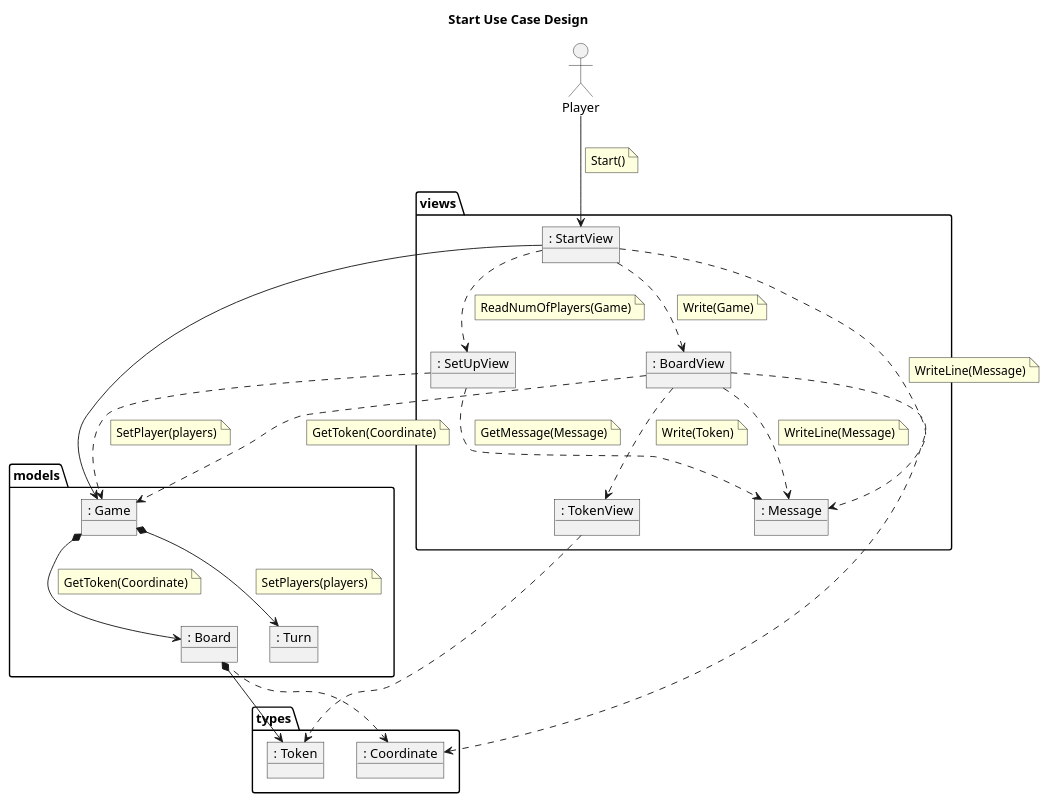
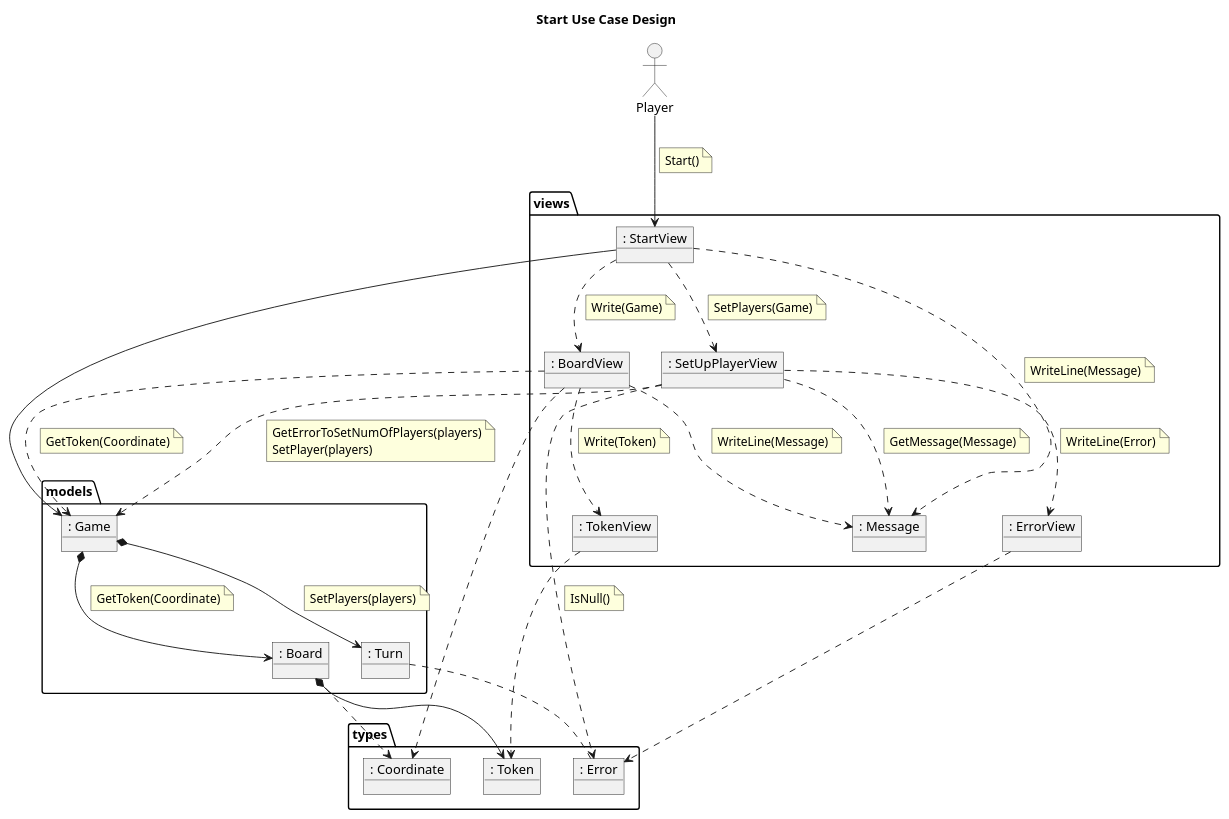
Before and after one commit to franpaulinoinfante/MasterSoftwareDevelopment: the first of 3 diagrams in src/Connect4/DocumentView/Basic/Docs/UseCasesDesign.plantuml, drawn with PlantUML. The commit also changed other lines of this file and 99 other files, not shown here.

```diff
--- a/src/Connect4/DocumentView/Basic/Docs/UseCasesDesign.plantuml
+++ b/src/Connect4/DocumentView/Basic/Docs/UseCasesDesign.plantuml
@@ -1,93 +1,110 @@
 @startuml StartUseCasesDesign
 title Start Use Case Design
 allow_mixing
 
 actor Player
 
 package models{
     object ": Board" as Board{
     }
 
     object ": Game" as Game{
     }
 
     object ": Turn" as Turn{
     }
 }
 
 package types{
     object ": Coordinate" as Coordinate{
     }
 
     object ": Token" as Token{
     }
+
+    object ": Error" as Error{
+    }
 }
 
 package views {
     object ": BoardView" as BoardView{
     }
 
     object ": StartView" as StartView{
     }
 
     object ": TokenView" as TokenView{
     }
     
     object ": Message" as Message{
     }
     
-    object ": SetUpView" as SetUpView{
+    object ": SetUpPlayerView" as SetUpPlayerView{
+    }
+    
+    object ": ErrorView" as ErrorView{
     }
 }
 
 Player --> StartView
     note on link
         Start()
     endnote
 StartView ..> Message
     note on link
         WriteLine(Message)
     endnote
-StartView ..> SetUpView
+StartView ..> SetUpPlayerView
     note on link
-        ReadNumOfPlayers(Game)
+        SetPlayers(Game)
     endnote
-    SetUpView ..> Message
+    SetUpPlayerView ..> Message
         note on link
             GetMessage(Message)
         endnote
-    SetUpView ..> Game
+    SetUpPlayerView ..> Game
         note on link
+            GetErrorToSetNumOfPlayers(players)
             SetPlayer(players)
         endnote
         Game *--> Turn
             note on link
                 SetPlayers(players)
             endnote
+    SetUpPlayerView ..> Error
+        note on link
+            IsNull()
+        endnote
+    SetUpPlayerView ..> ErrorView
+        note on link
+            WriteLine(Error)
+        endnote
 StartView ..> BoardView
     note on link
         Write(Game)
     endnote
     BoardView ..> Message
         note on link
             WriteLine(Message)
         endnote
     BoardView ..> TokenView
         note on link
             Write(Token)
         endnote
     BoardView ..> Game
         note on link                    
             GetToken(Coordinate)
         endnote
     Game *--> Board
         note on link
             GetToken(Coordinate)
         endnote
 
 StartView --> Game
+ErrorView ..> Error
 TokenView ..> Token
 BoardView ..> Coordinate
 Board ..> Coordinate
 Board *--> Token
+Turn .. Error
 @enduml
```
